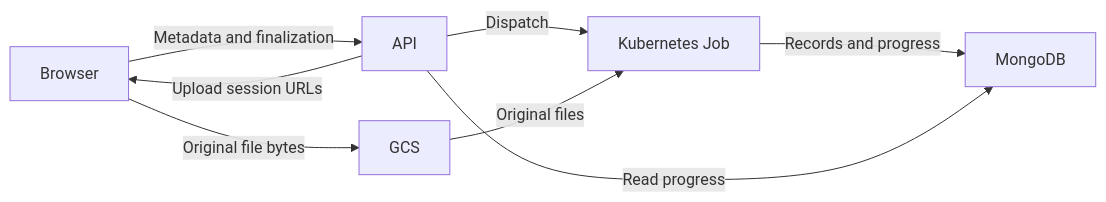
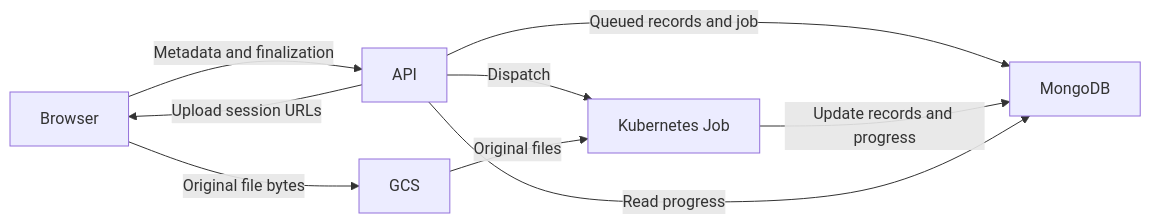
The diagram in README.md (MichaelPesce/orphaned-wells-ui-server), drawn with Mermaid before and after one commit. The commit also changed other lines of this file and 10 other files, not shown here.

````diff
--- a/README.md
+++ b/README.md
@@ -102,10 +102,11 @@
 ```mermaid
 flowchart LR
     Browser -->|Metadata and finalization| API
     API -->|Upload session URLs| Browser
     Browser -->|Original file bytes| GCS
+    API -->|Queued records and job| MongoDB
     API -->|Dispatch| Job[Kubernetes Job]
     GCS -->|Original files| Job
-    Job -->|Records and progress| MongoDB
+    Job -->|Update records and progress| MongoDB
     API -->|Read progress| MongoDB
 ```
````
